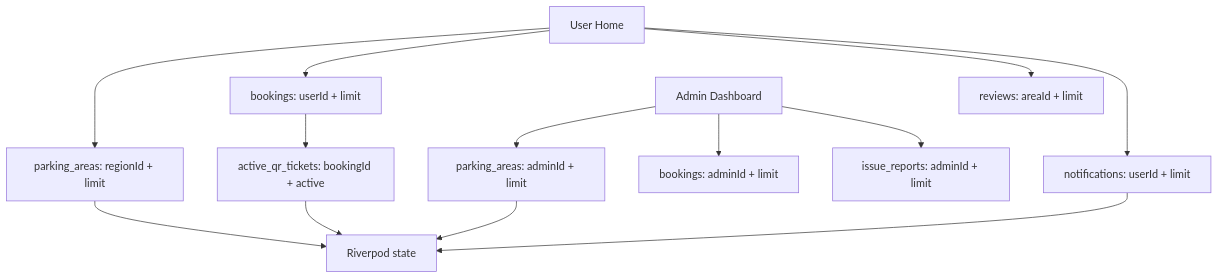
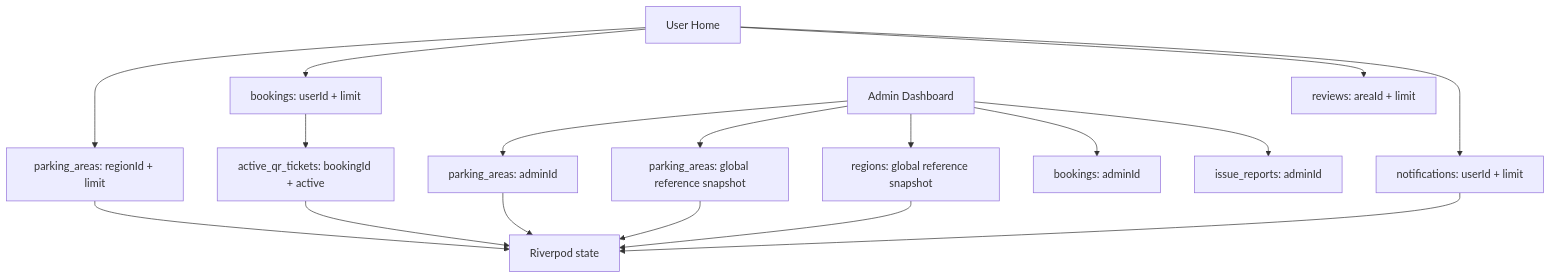
The eighth of 15 diagrams in docs/ARCHITECTURE.md (snehil-pandey/smart-parking-occupancy-system), drawn with Mermaid before and after one commit. The commit also changed other lines of this file and 15 other files, not shown here.

````diff
--- a/docs/ARCHITECTURE.md
+++ b/docs/ARCHITECTURE.md
@@ -148,15 +148,19 @@
 ```mermaid
 flowchart TD
   UserHome["User Home"] --> UserAreas["parking_areas: regionId + limit"]
   UserHome --> UserBookings["bookings: userId + limit"]
   UserBookings --> UserQR["active_qr_tickets: bookingId + active"]
   UserHome --> Reviews["reviews: areaId + limit"]
   UserHome --> Notifications["notifications: userId + limit"]
-  AdminHome["Admin Dashboard"] --> AdminAreas["parking_areas: adminId + limit"]
-  AdminHome --> AdminBookings["bookings: adminId + limit"]
-  AdminHome --> AdminIssues["issue_reports: adminId + limit"]
+  AdminHome["Admin Dashboard"] --> AdminAreas["parking_areas: adminId"]
+  AdminHome --> ReferenceAreas["parking_areas: global reference snapshot"]
+  AdminHome --> ReferenceRegions["regions: global reference snapshot"]
+  AdminHome --> AdminBookings["bookings: adminId"]
+  AdminHome --> AdminIssues["issue_reports: adminId"]
   UserAreas --> Riverpod["Riverpod state"]
-  AdminAreas --> Riverpod
+AdminAreas --> Riverpod
+ReferenceAreas --> Riverpod
+ReferenceRegions --> Riverpod
   UserQR --> Riverpod
   Notifications --> Riverpod
 ```
````
